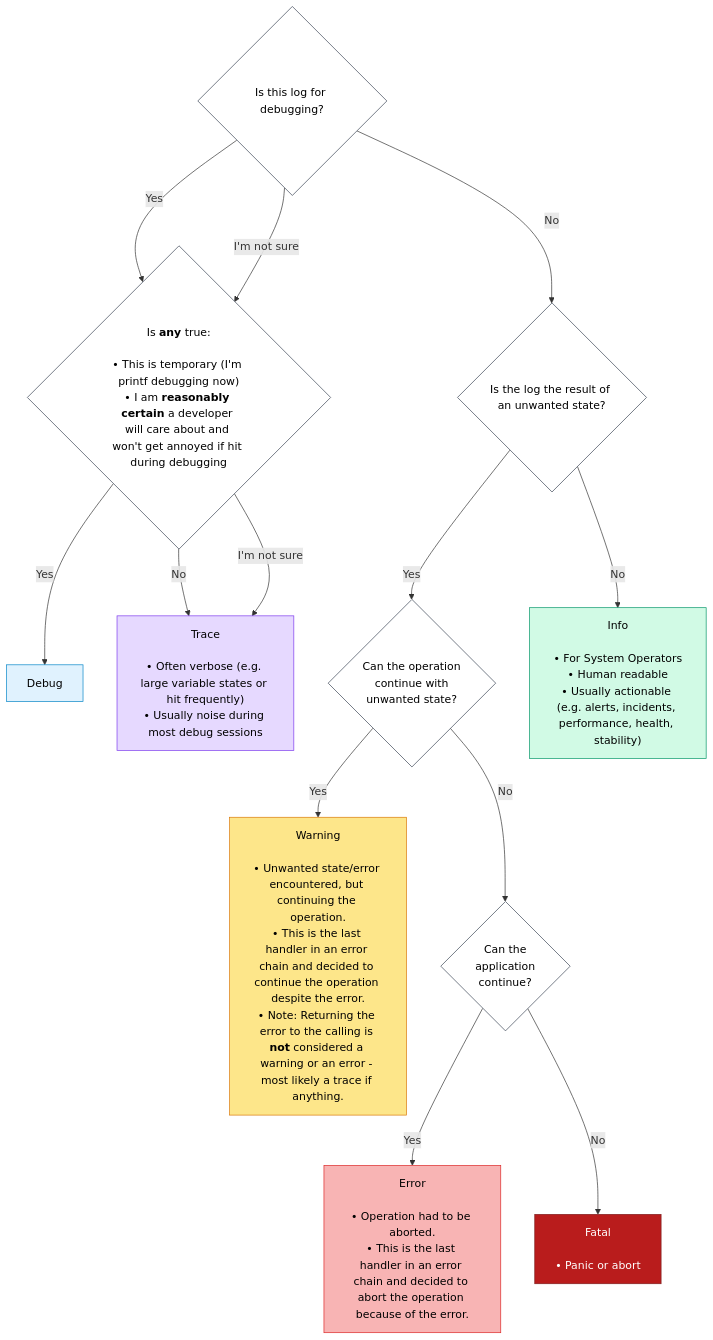
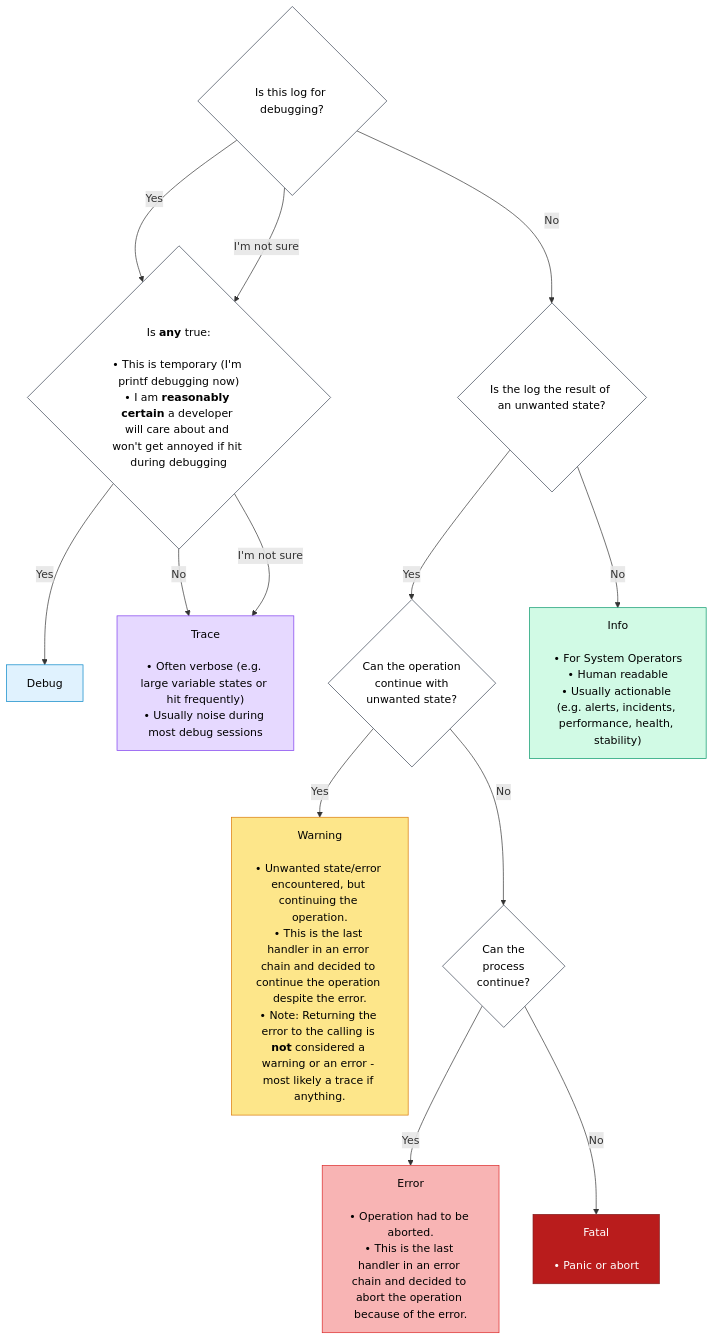
One commit to mcmah309/err_trail changed the diagram in README.md. Above: the diagram before and after it, drawn with Mermaid.

Commit message:
Update README chart

````diff
--- a/README.md
+++ b/README.md
@@ -55,45 +55,45 @@
 ```mermaid
 flowchart TD
     Start{Is this log for debugging?}
 
     Start -->|Yes| SessionType
     Start -->|No| UnwantedState
     Start -->|I'm not sure| SessionType
     SessionType --> |Yes| Debug
     SessionType --> |No| Trace
     SessionType -->|I'm not sure| Trace
     UnwantedState -->|Yes| ProcessContinue
     UnwantedState -->|No| Info    
     ProcessContinue -->|Yes| Warning
     ProcessContinue -->|No| AppContinue 
     AppContinue -->|Yes| Error
     AppContinue -->|No| Fatal
 
     UnwantedState{Is the log the result of an unwanted state?}
     SessionType{"Is <b>any</b> true:<br/><br/>• This is temporary (I'm printf debugging now)<br/>• I am <b>reasonably certain</b> a developer will care about and won't get annoyed if hit during debugging"}
     ProcessContinue{Can the operation<br/>continue with<br/>unwanted state?}
-    AppContinue{Can the<br/>application<br/>continue?}
+    AppContinue{Can the<br/>process<br/>continue?}
     
     classDef normal fill:#ffffff,stroke:#374151,color:#000;
     classDef trace  fill:#e6d9ff,stroke:#7c3aed,color:#000;
     classDef debug  fill:#e0f2fe,stroke:#0284c7,color:#000;
     classDef info   fill:#d1fae5,stroke:#059669,color:#000;
     classDef warning fill:#fde68a,stroke:#d97706,color:#000;
     classDef error  fill:#f8b4b4,stroke:#dc2626,color:#000;
     classDef fatal  fill:#b91c1c,stroke:#7f1d1d,color:#fff;
 
     class Start,SessionType,UnwantedState,ProcessContinue,AppContinue normal;
     class Trace trace;
     class Debug debug;
     class Info info;
     class Warning warning;
     class Error error;
     class Fatal fatal;
 
     Trace["Trace<br/><br/>• Often verbose (e.g. large variable states or hit frequently)<br/>• Usually noise during most debug sessions"]
     Debug[Debug]
     Info["Info<br/><br/>• For System Operators<br/>• Human readable<br/>• Usually actionable (e.g. alerts, incidents, performance, health, stability)"]
     Warning["Warning<br/><br/>• Unwanted state/error encountered, but continuing the operation.<br/>• This is the last handler in an error chain and decided to continue the operation despite the error.<br/>• Note: Returning the error to the calling is <b>not</b> considered a warning or an error - most likely a trace if anything."]
     Error["Error<br/><br/>• Operation had to be aborted.<br/>• This is the last handler in an error chain and decided to abort the operation because of the error."]
     Fatal[Fatal<br/><br/>• Panic or abort]
 ```
````
